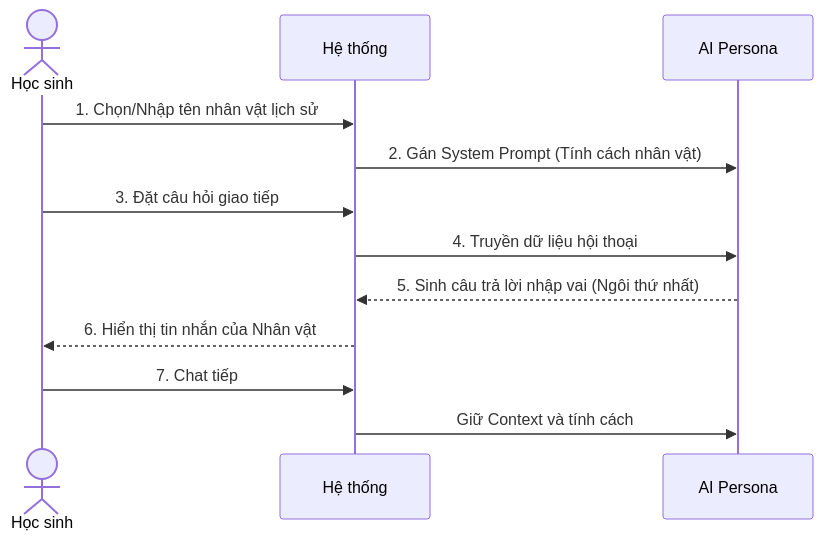
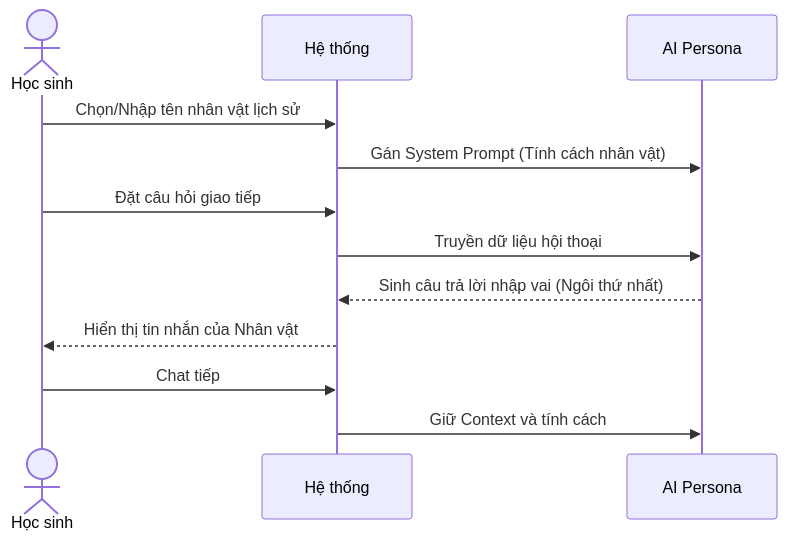
Before and after one commit to Cong-ty-TNNH-Q-Tech/Q-School: the third of 8 diagrams in docs/nhom_5_magicstudent.md, drawn with Mermaid. The commit also changed other lines of this file and 5 other files, not shown here.

Commit message:
docs: refine sequence diagrams logical flow and remove step numbers

````diff
--- a/docs/nhom_5_magicstudent.md
+++ b/docs/nhom_5_magicstudent.md
@@ -92,15 +92,15 @@
 ```mermaid
 sequenceDiagram
     actor HS as Học sinh
     participant HT as Hệ thống
     participant AI as AI Persona
 
-    HS->>HT: 1. Chọn/Nhập tên nhân vật lịch sử
-    HT->>AI: 2. Gán System Prompt (Tính cách nhân vật)
-    HS->>HT: 3. Đặt câu hỏi giao tiếp
-    HT->>AI: 4. Truyền dữ liệu hội thoại
-    AI-->>HT: 5. Sinh câu trả lời nhập vai (Ngôi thứ nhất)
-    HT-->>HS: 6. Hiển thị tin nhắn của Nhân vật
-    HS->>HT: 7. Chat tiếp
+    HS->>HT: Chọn/Nhập tên nhân vật lịch sử
+    HT->>AI: Gán System Prompt (Tính cách nhân vật)
+    HS->>HT: Đặt câu hỏi giao tiếp
+    HT->>AI: Truyền dữ liệu hội thoại
+    AI-->>HT: Sinh câu trả lời nhập vai (Ngôi thứ nhất)
+    HT-->>HS: Hiển thị tin nhắn của Nhân vật
+    HS->>HT: Chat tiếp
     HT->>AI: Giữ Context và tính cách
 ```
````
